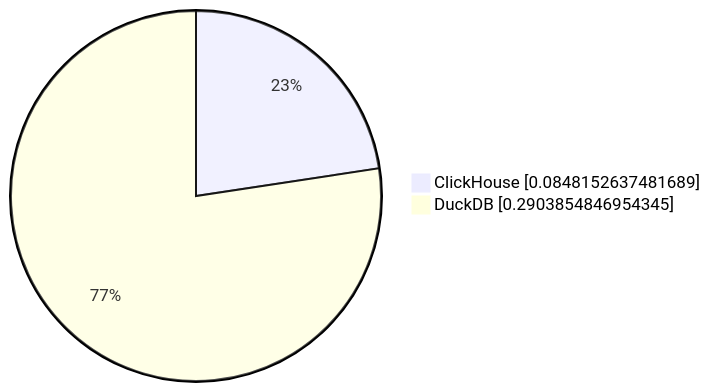
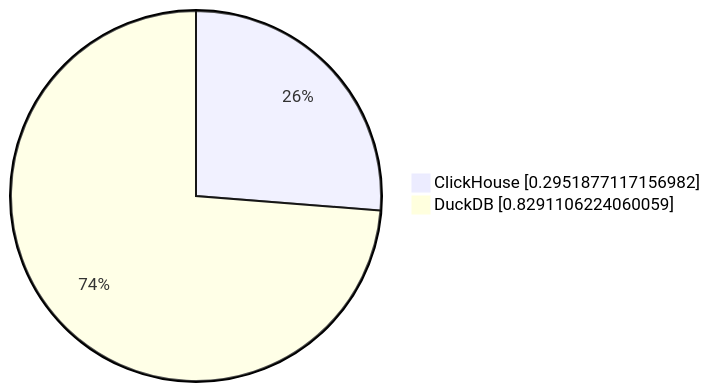
One commit to Altinity/clickhouse-regression changed the seventh of 7 diagrams in parquet/performance/results/nyc_taxi/23.8.2.7/README.md. Above: the diagram before and after it, drawn with Mermaid. The commit also changed other lines of this file and 2 other files, not shown here.

````diff
--- a/parquet/performance/results/nyc_taxi/23.8.2.7/README.md
+++ b/parquet/performance/results/nyc_taxi/23.8.2.7/README.md
@@ -70,5 +70,5 @@
 ```mermaid
      pie showData
-         "ClickHouse" : 0.0848152637481689
-         "DuckDB" : 0.2903854846954345
+         "ClickHouse" : 0.2951877117156982
+         "DuckDB" : 0.8291106224060059
 ```
````
